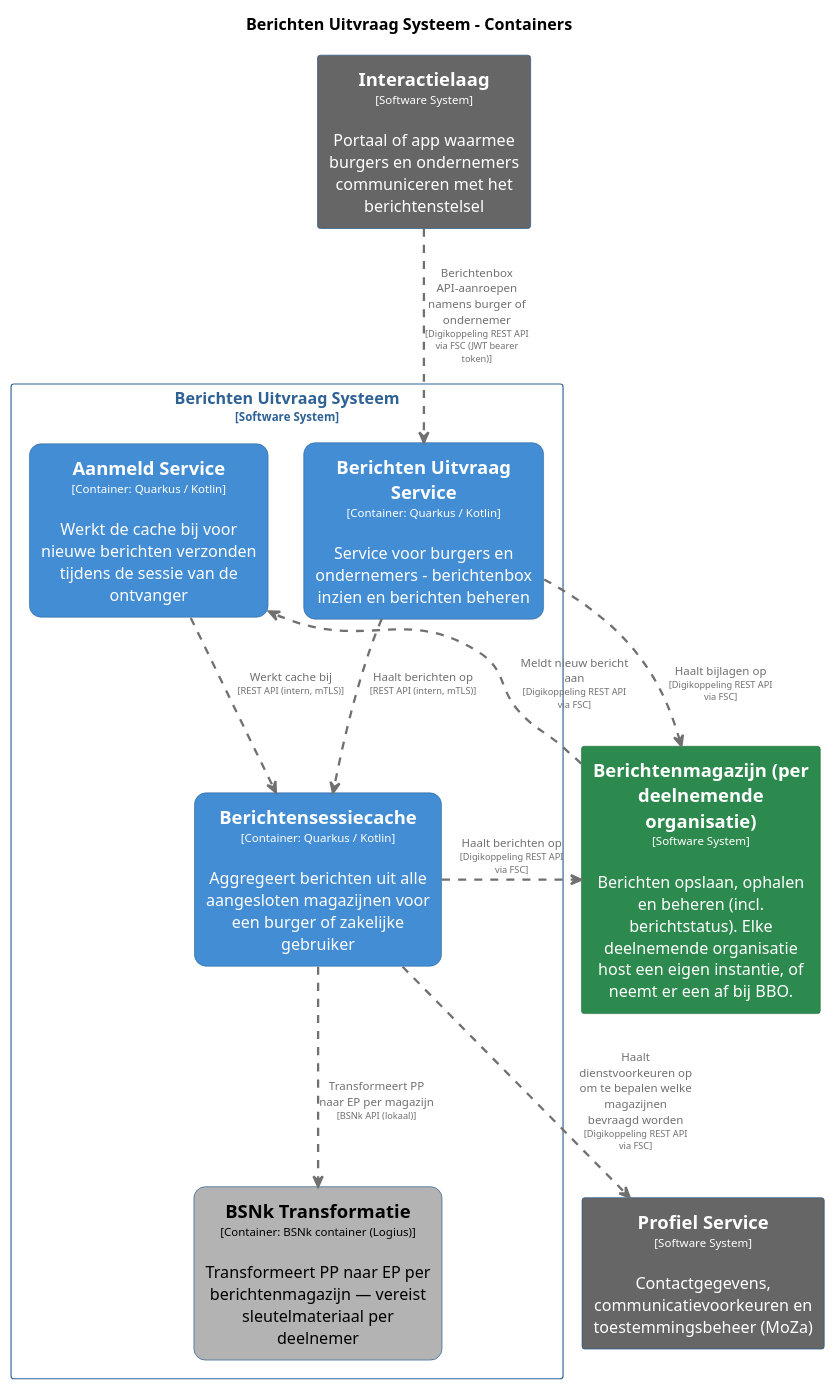
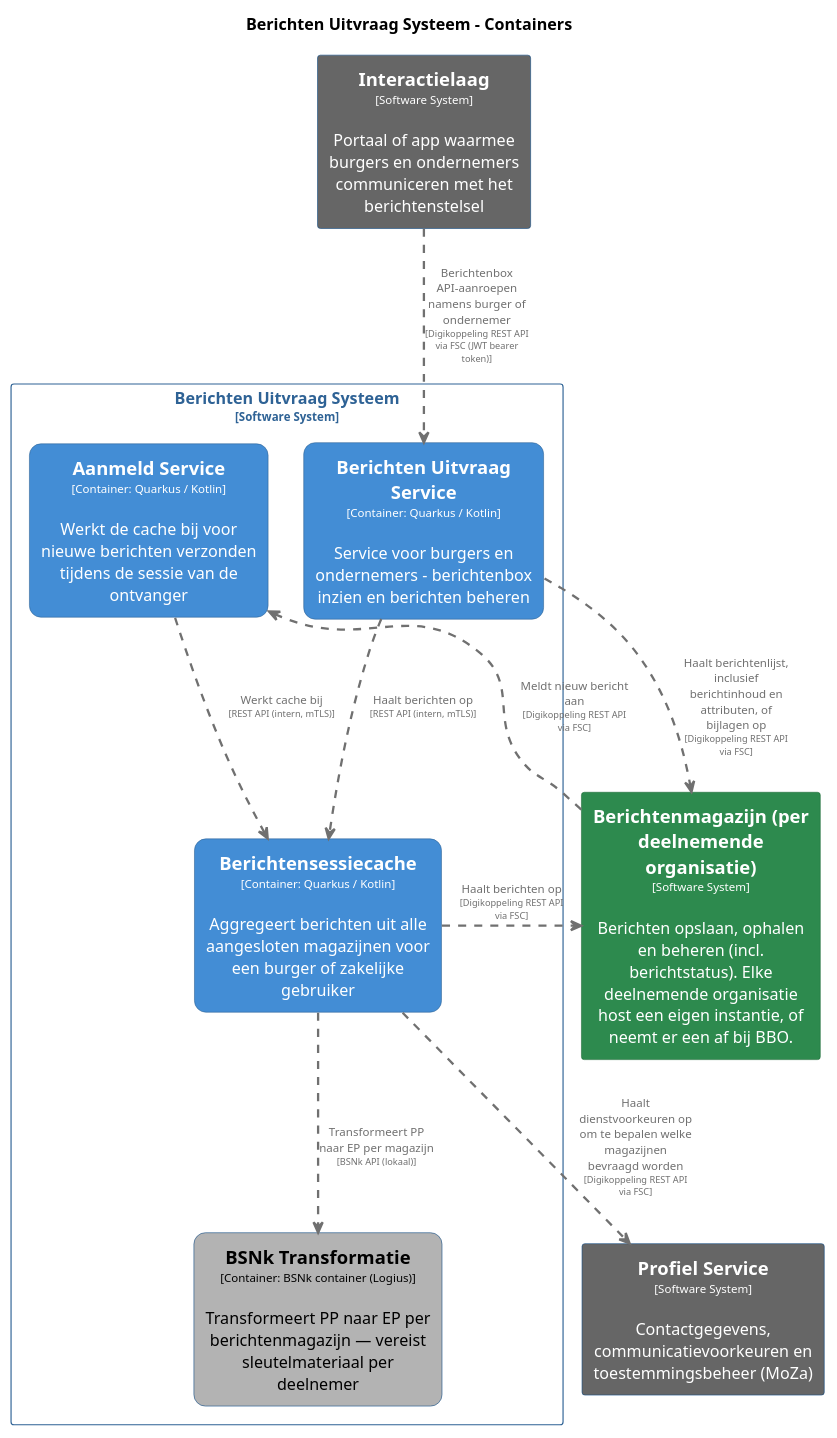
The diagram in pr-preview/pr-29/master/puml/BerichtenUitvraagSysteemContainers.puml (MinBZK/moza-poc-fbs-berichtenbox), drawn with PlantUML before and after one commit. The commit also changed 38 other files, not shown here.

```diff
--- a/pr-preview/pr-29/master/puml/BerichtenUitvraagSysteemContainers.puml
+++ b/pr-preview/pr-29/master/puml/BerichtenUitvraagSysteemContainers.puml
@@ -1,89 +1,89 @@
 @startuml
 set separator none
 title Berichten Uitvraag Systeem - Containers
 
 top to bottom direction
 skinparam ranksep 60
 skinparam nodesep 30
 
 skinparam {
   arrowFontSize 10
   defaultTextAlignment center
   wrapWidth 200
   maxMessageSize 100
 }
 
 hide stereotype
 
 skinparam rectangle<<BerichtenUitvraagSysteem.AanmeldService>> {
   BackgroundColor #438dd5
   FontColor #ffffff
   BorderColor #2e6295
   roundCorner 20
   shadowing false
 }
 skinparam rectangle<<BerichtenUitvraagSysteem.BSNkTransformatie>> {
   BackgroundColor #b3b3b3
   FontColor #000000
   BorderColor #0b4884
   roundCorner 20
   shadowing false
 }
 skinparam rectangle<<BerichtenUitvraagSysteem.BerichtenUitvraagService>> {
   BackgroundColor #438dd5
   FontColor #ffffff
   BorderColor #2e6295
   roundCorner 20
   shadowing false
 }
 skinparam rectangle<<Berichtenmagazijnperdeelnemendeorganisatie>> {
   BackgroundColor #2d8a4e
   FontColor #ffffff
   BorderColor #1e6b38
   shadowing false
 }
 skinparam rectangle<<BerichtenUitvraagSysteem.Berichtensessiecache>> {
   BackgroundColor #438dd5
   FontColor #ffffff
   BorderColor #2e6295
   roundCorner 20
   shadowing false
 }
 skinparam rectangle<<Interactielaag>> {
   BackgroundColor #666666
   FontColor #ffffff
   BorderColor #0b4884
   shadowing false
 }
 skinparam rectangle<<ProfielService>> {
   BackgroundColor #666666
   FontColor #ffffff
   BorderColor #0b4884
   shadowing false
 }
 skinparam rectangle<<BerichtenUitvraagSysteem>> {
   BorderColor #2e6295
   FontColor #2e6295
   shadowing false
 }
 
 rectangle "==Profiel Service\n<size:10>[Software System]</size>\n\nContactgegevens, communicatievoorkeuren en toestemmingsbeheer (MoZa)" <<ProfielService>> as ProfielService
 rectangle "==Interactielaag\n<size:10>[Software System]</size>\n\nPortaal of app waarmee burgers en ondernemers communiceren met het berichtenstelsel" <<Interactielaag>> as Interactielaag
 rectangle "==Berichtenmagazijn (per deelnemende organisatie)\n<size:10>[Software System]</size>\n\nBerichten opslaan, ophalen en beheren (incl. berichtstatus). Elke deelnemende organisatie host een eigen instantie, of neemt er een af bij BBO." <<Berichtenmagazijnperdeelnemendeorganisatie>> as Berichtenmagazijnperdeelnemendeorganisatie
 
 rectangle "Berichten Uitvraag Systeem\n<size:10>[Software System]</size>" <<BerichtenUitvraagSysteem>> {
   rectangle "==Berichtensessiecache\n<size:10>[Container: Quarkus / Kotlin]</size>\n\nAggregeert berichten uit alle aangesloten magazijnen voor een burger of zakelijke gebruiker" <<BerichtenUitvraagSysteem.Berichtensessiecache>> as BerichtenUitvraagSysteem.Berichtensessiecache
   rectangle "==Berichten Uitvraag Service\n<size:10>[Container: Quarkus / Kotlin]</size>\n\nService voor burgers en ondernemers - berichtenbox inzien en berichten beheren" <<BerichtenUitvraagSysteem.BerichtenUitvraagService>> as BerichtenUitvraagSysteem.BerichtenUitvraagService
   rectangle "==BSNk Transformatie\n<size:10>[Container: BSNk container (Logius)]</size>\n\nTransformeert PP naar EP per berichtenmagazijn — vereist sleutelmateriaal per deelnemer" <<BerichtenUitvraagSysteem.BSNkTransformatie>> as BerichtenUitvraagSysteem.BSNkTransformatie
   rectangle "==Aanmeld Service\n<size:10>[Container: Quarkus / Kotlin]</size>\n\nWerkt de cache bij voor nieuwe berichten verzonden tijdens de sessie van de ontvanger" <<BerichtenUitvraagSysteem.AanmeldService>> as BerichtenUitvraagSysteem.AanmeldService
 }
 
 Berichtenmagazijnperdeelnemendeorganisatie .[#707070,thickness=2].> BerichtenUitvraagSysteem.AanmeldService : "<color:#707070>Meldt nieuw bericht aan\n<color:#707070><size:8>[Digikoppeling REST API via FSC]</size>"
 BerichtenUitvraagSysteem.Berichtensessiecache .[#707070,thickness=2].> ProfielService : "<color:#707070>Haalt dienstvoorkeuren op om te bepalen welke magazijnen bevraagd worden\n<color:#707070><size:8>[Digikoppeling REST API via FSC]</size>"
 BerichtenUitvraagSysteem.Berichtensessiecache .[#707070,thickness=2].> Berichtenmagazijnperdeelnemendeorganisatie : "<color:#707070>Haalt berichten op\n<color:#707070><size:8>[Digikoppeling REST API via FSC]</size>"
 BerichtenUitvraagSysteem.Berichtensessiecache .[#707070,thickness=2].> BerichtenUitvraagSysteem.BSNkTransformatie : "<color:#707070>Transformeert PP naar EP per magazijn\n<color:#707070><size:8>[BSNk API (lokaal)]</size>"
 BerichtenUitvraagSysteem.AanmeldService .[#707070,thickness=2].> BerichtenUitvraagSysteem.Berichtensessiecache : "<color:#707070>Werkt cache bij\n<color:#707070><size:8>[REST API (intern, mTLS)]</size>"
 BerichtenUitvraagSysteem.BerichtenUitvraagService .[#707070,thickness=2].> BerichtenUitvraagSysteem.Berichtensessiecache : "<color:#707070>Haalt berichten op\n<color:#707070><size:8>[REST API (intern, mTLS)]</size>"
 Interactielaag .[#707070,thickness=2].> BerichtenUitvraagSysteem.BerichtenUitvraagService : "<color:#707070>Berichtenbox API-aanroepen namens burger of ondernemer\n<color:#707070><size:8>[Digikoppeling REST API via FSC (JWT bearer token)]</size>"
-BerichtenUitvraagSysteem.BerichtenUitvraagService .[#707070,thickness=2].> Berichtenmagazijnperdeelnemendeorganisatie : "<color:#707070>Haalt bijlagen op\n<color:#707070><size:8>[Digikoppeling REST API via FSC]</size>"
+BerichtenUitvraagSysteem.BerichtenUitvraagService .[#707070,thickness=2].> Berichtenmagazijnperdeelnemendeorganisatie : "<color:#707070>Haalt berichtenlijst, inclusief berichtinhoud en attributen, of bijlagen op\n<color:#707070><size:8>[Digikoppeling REST API via FSC]</size>"
 @enduml
```
